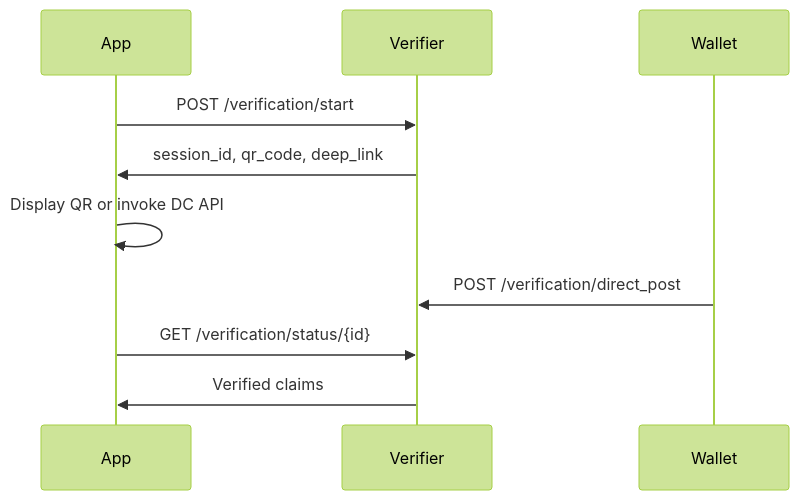
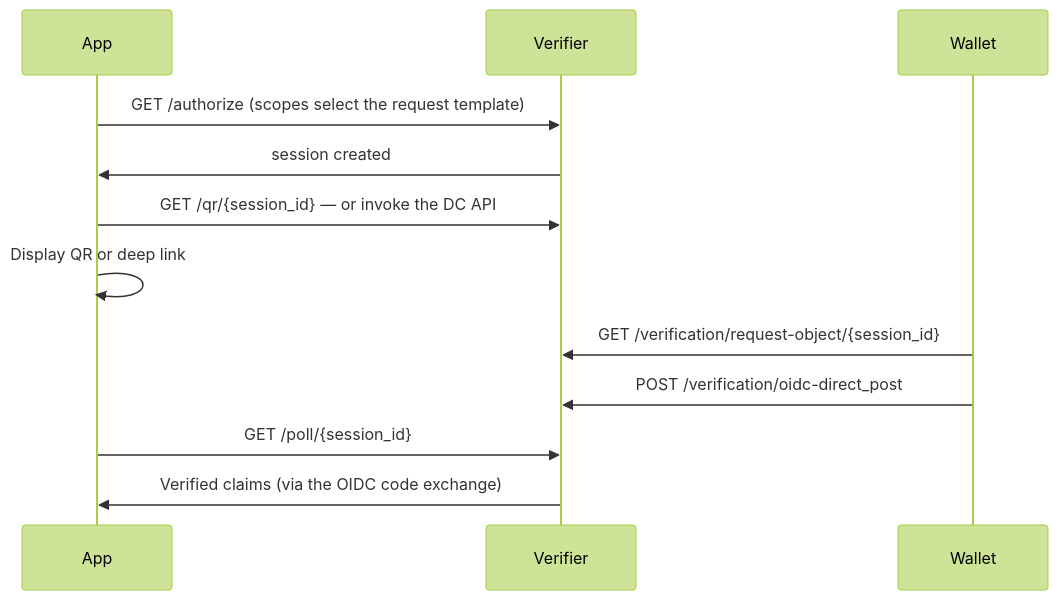
The seventh of 14 diagrams in docs/sirosid/verifiers/concepts.md (sirosfoundation/docs), drawn with Mermaid (forest theme) before and after one commit. The commit also changed other lines of this file and 16 other files, not shown here.

````diff
--- a/docs/sirosid/verifiers/concepts.md
+++ b/docs/sirosid/verifiers/concepts.md
@@ -271,13 +282,15 @@
 ```mermaid
 sequenceDiagram
     participant App
     participant Verifier
     participant Wallet
 
-    App->>Verifier: POST /verification/start
-    Verifier->>App: session_id, qr_code, deep_link
-    App->>App: Display QR or invoke DC API
-    Wallet->>Verifier: POST /verification/direct_post
-    App->>Verifier: GET /verification/status/{id}
-    Verifier->>App: Verified claims
+    App->>Verifier: GET /authorize (scopes select the request template)
+    Verifier->>App: session created
+    App->>Verifier: GET /qr/{session_id} — or invoke the DC API
+    App->>App: Display QR or deep link
+    Wallet->>Verifier: GET /verification/request-object/{session_id}
+    Wallet->>Verifier: POST /verification/oidc-direct_post
+    App->>Verifier: GET /poll/{session_id}
+    Verifier->>App: Verified claims (via the OIDC code exchange)
 ```
````
